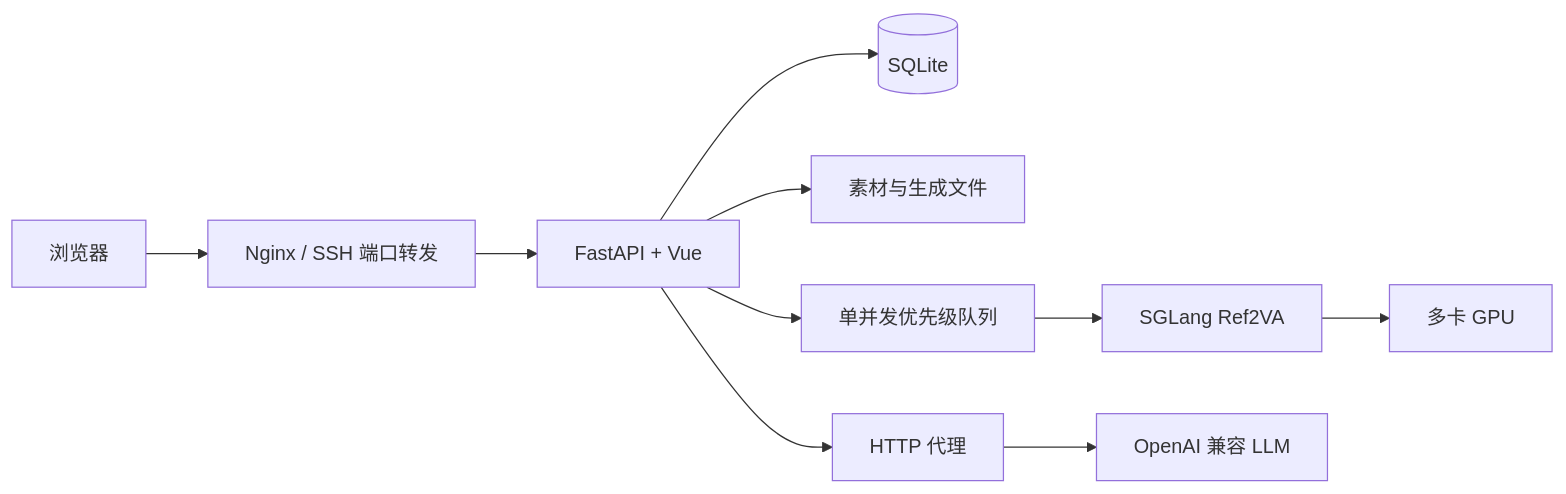
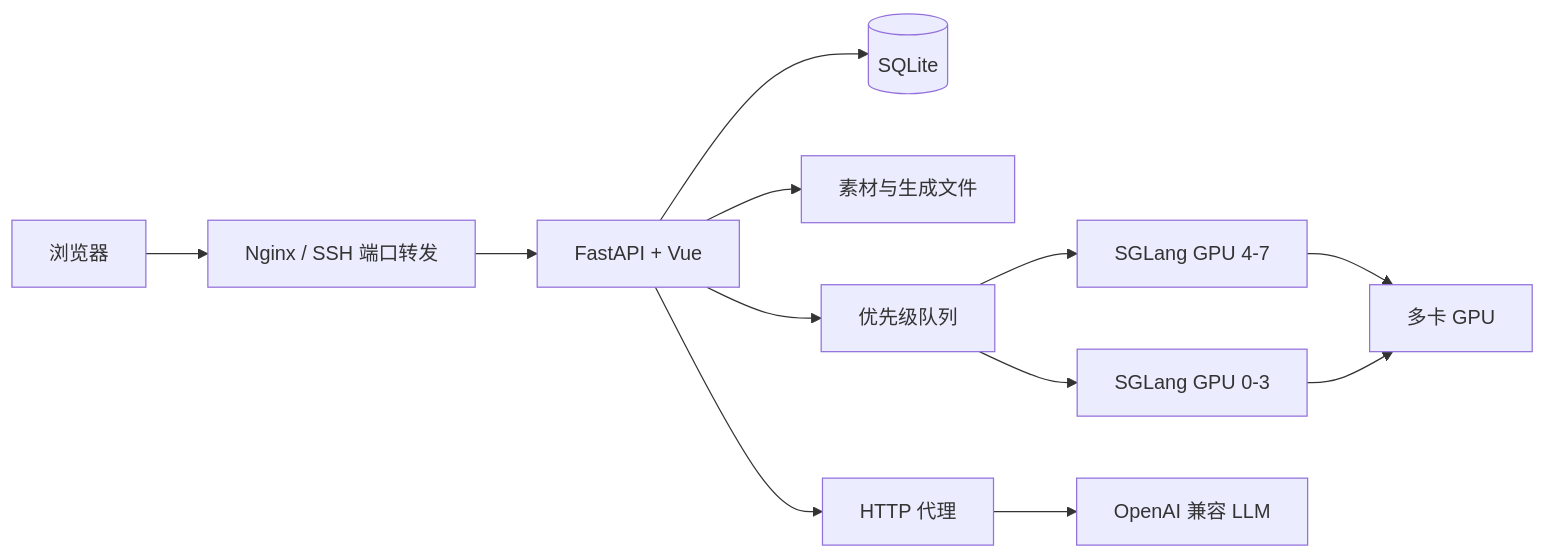
Before and after one commit to BobH233/minimax_h3_webui: the diagram in README.md, drawn with Mermaid. The commit also changed other lines of this file and 16 other files, not shown here.

````diff
--- a/README.md
+++ b/README.md
@@ -26,12 +26,14 @@
 ```mermaid
 flowchart LR
     Browser[浏览器] --> Nginx[Nginx / SSH 端口转发]
     Nginx --> WebUI[FastAPI + Vue]
     WebUI --> DB[(SQLite)]
     WebUI --> Files[素材与生成文件]
-    WebUI --> Queue[单并发优先级队列]
-    Queue --> SGLang[SGLang Ref2VA]
-    SGLang --> GPU[多卡 GPU]
+    WebUI --> Queue[优先级队列]
+    Queue --> SGLangA[SGLang GPU 4-7]
+    Queue --> SGLangB[SGLang GPU 0-3]
+    SGLangA --> GPU[多卡 GPU]
+    SGLangB --> GPU
     WebUI --> Proxy[HTTP 代理]
     Proxy --> LLM[OpenAI 兼容 LLM]
 ```
````
